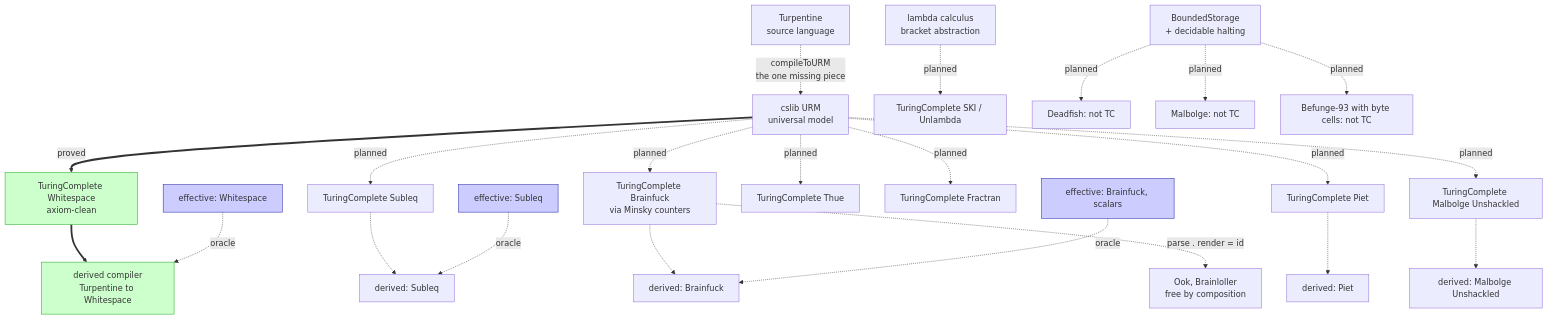
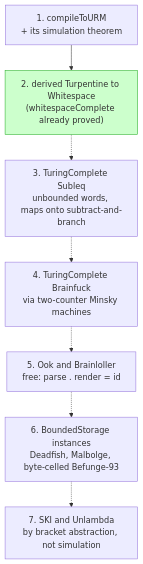
One commit to ilyasergey/langlib changed the second of 2 diagrams in docs/certified-compilation.md. Above: the diagram before and after it, drawn with Mermaid. The commit also changed other lines of this file and 1 other file, not shown here.

Commit message:
Make the dependency diagrams vertical, and tighten the README
The single dependency graph fanned out to seven siblings under the URM
node, which rendered wide and unreadable. It is replaced by two narrow
diagrams that read top to bottom: the pipeline for any one target, and the
order in which the pieces unlock each other. Both were rendered with
mermaid-cli to check they parse, and both come out taller than wide
(545x654 and 276x1054). Per-language status stays in the status matrix,
which is a better shape for that information than a graph.

The README's computability section is split in two and cut to the bone.
Computability now says what is claimed and how it is checked, plus the
Befunge-93 finding as the evidence that precision pays. Verified compilers
states the two strategies plainly, bespoke and via the URM, why neither
subsumes the other, and that both are instances of one interface so their
agreement is a theorem.

Both sections now link the docs they refer to, and a documentation index
lists every top-level page.

````diff
--- a/docs/certified-compilation.md
+++ b/docs/certified-compilation.md
@@ -223,39 +252,19 @@
 ```mermaid
 graph TD
-  TURP[Turpentine<br/>source language]
-  URM[cslib URM<br/>universal model]
+  S1["1. compileToURM<br/>+ its simulation theorem"]
+  S2["2. derived Turpentine to Whitespace<br/>(whitespaceComplete already proved)"]
+  S3["3. TuringComplete Subleq<br/>unbounded words, maps onto subtract-and-branch"]
+  S4["4. TuringComplete Brainfuck<br/>via two-counter Minsky machines"]
+  S5["5. Ook and Brainloller<br/>free: parse . render = id"]
+  S6["6. BoundedStorage instances<br/>Deadfish, Malbolge, byte-celled Befunge-93"]
+  S7["7. SKI and Unlambda<br/>by bracket abstraction, not simulation"]
 
-  TURP -. compileToURM<br/>the one missing piece .-> URM
+  S1 --> S2
+  S2 -.-> S3
+  S3 -.-> S4
+  S4 -.-> S5
+  S5 -.-> S6
+  S6 -.-> S7
 
-  URM ==>|proved| WSTC[TuringComplete Whitespace<br/>axiom-clean]
-  URM -.->|planned| SQTC[TuringComplete Subleq]
-  URM -.->|planned| BFTC[TuringComplete Brainfuck<br/>via Minsky counters]
-  URM -.->|planned| PIETC[TuringComplete Piet]
-  URM -.->|planned| MUTC[TuringComplete Malbolge Unshackled]
-  URM -.->|planned| THUETC[TuringComplete Thue]
-  URM -.->|planned| FRTC[TuringComplete Fractran]
-
-  LAM[lambda calculus<br/>bracket abstraction] -.->|planned| SKITC[TuringComplete SKI / Unlambda]
-
-  WSTC ==> DWS[derived compiler<br/>Turpentine to Whitespace]
-  SQTC -.-> DSQ[derived: Subleq]
-  BFTC -.-> DBF[derived: Brainfuck]
-  PIETC -.-> DPI[derived: Piet]
-  MUTC -.-> DMU[derived: Malbolge Unshackled]
-
-  BFTC -.->|parse . render = id| OOKTC[Ook, Brainloller<br/>free by composition]
-
-  EWS[effective: Whitespace] -.->|oracle| DWS
-  ESQ[effective: Subleq] -.->|oracle| DSQ
-  EBF[effective: Brainfuck, scalars] -.->|oracle| DBF
-
-  BOUND[BoundedStorage<br/>+ decidable halting] -.->|planned| DF[Deadfish: not TC]
-  BOUND -.->|planned| MB[Malbolge: not TC]
-  BOUND -.->|planned| B93[Befunge-93 with byte cells: not TC]
-
-  style WSTC fill:#cfc,stroke:#2a2
-  style DWS fill:#cfc,stroke:#2a2
-  style EWS fill:#ccf,stroke:#22a
-  style ESQ fill:#ccf,stroke:#22a
-  style EBF fill:#ccf,stroke:#22a
+  style S2 fill:#cfc,stroke:#2a2
 ```
````
